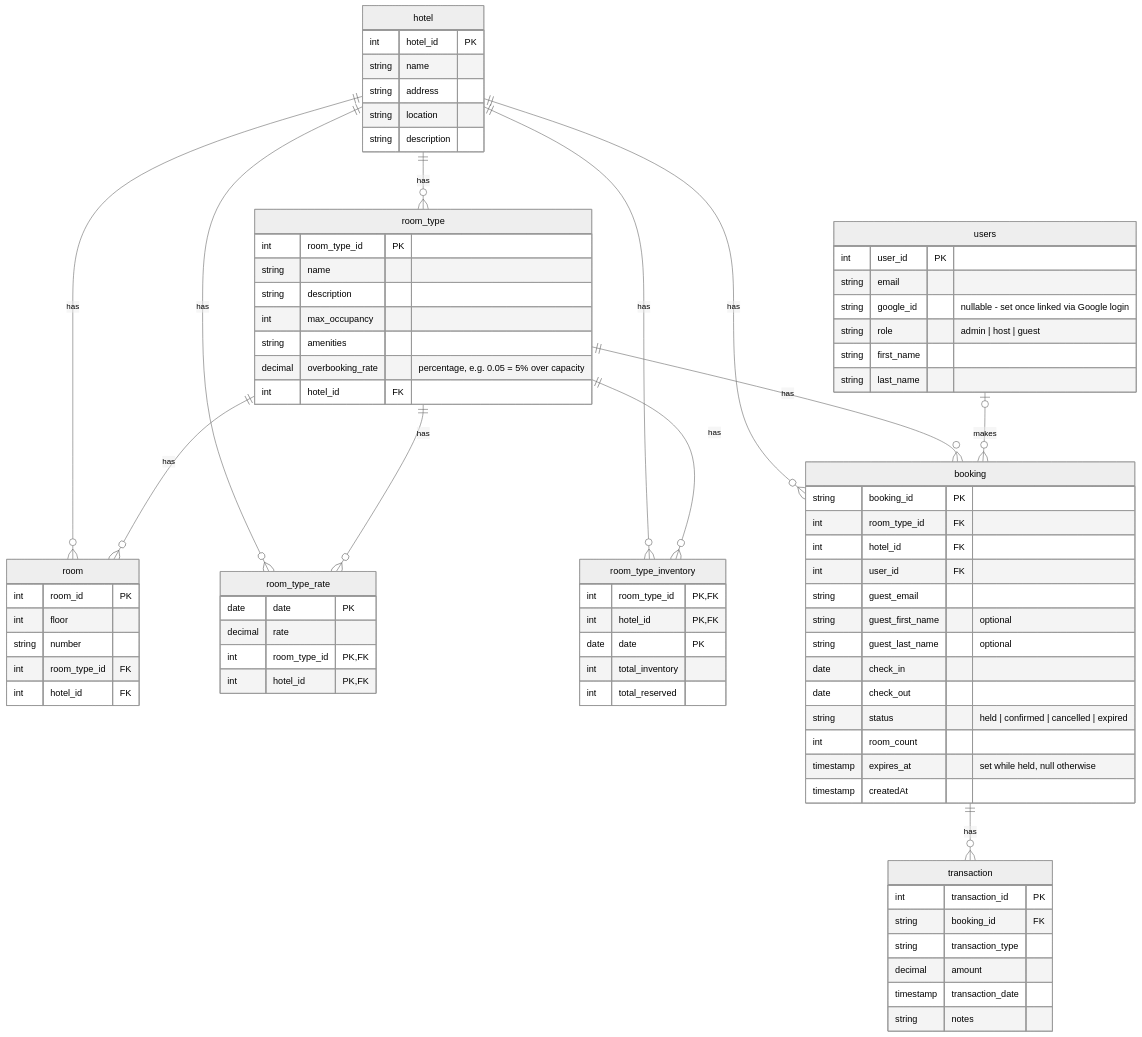
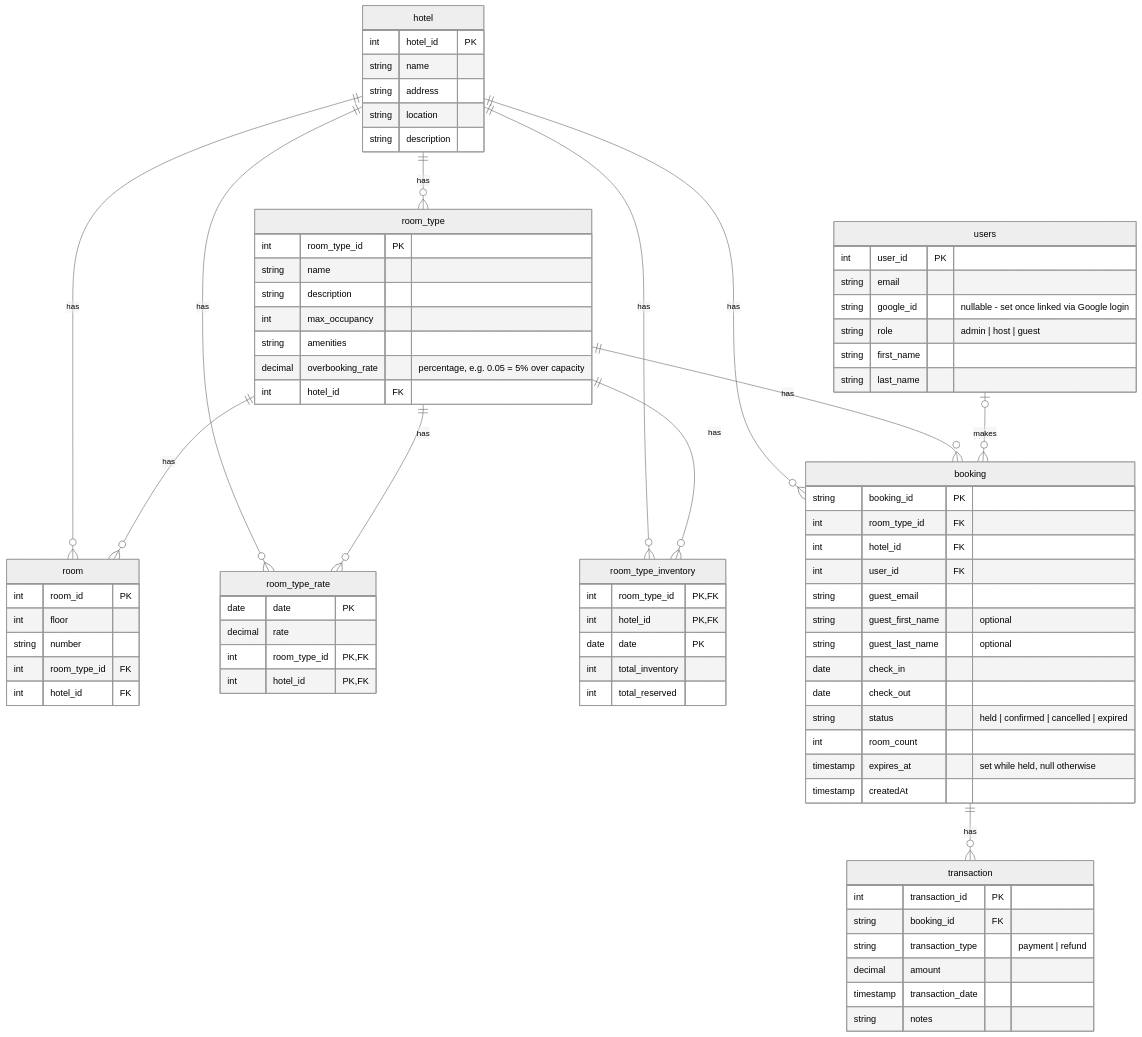
One commit to dreiv/booking changed the diagram in docs/architecture/data-models.md. Above: the diagram before and after it, drawn with Mermaid (neutral theme). The commit also changed other lines of this file and 5 other files, not shown here.

```diff
--- a/docs/architecture/data-models.md
+++ b/docs/architecture/data-models.md
@@ -73,7 +73,7 @@
     transaction {
         int transaction_id PK
         string booking_id FK
-        string transaction_type
+        string transaction_type "payment | refund"
         decimal amount
         timestamp transaction_date
         string notes
```
